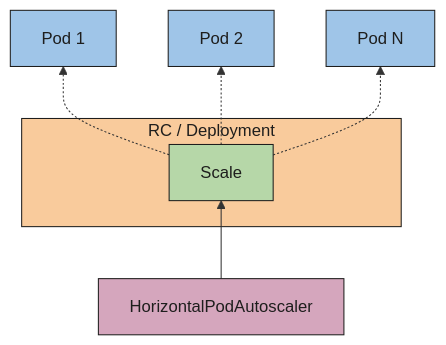
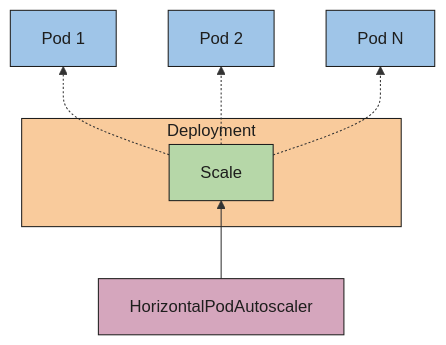
Before and after one commit to kubernetes/website: the diagram in content/en/docs/concepts/workloads/autoscaling/horizontal-pod-autoscale.md, drawn with Mermaid.

Commit message:
docs: remove legacy RC reference from HPA diagram

```diff
--- a/content/en/docs/concepts/workloads/autoscaling/horizontal-pod-autoscale.md
+++ b/content/en/docs/concepts/workloads/autoscaling/horizontal-pod-autoscale.md
@@ -50,22 +50,22 @@
 {{< mermaid >}}
 graph BT
 
 hpa[HorizontalPodAutoscaler] --> scale[Scale]
 
-subgraph rc[RC / Deployment]
+subgraph rc[Deployment]
     scale
 end
 
 scale -.-> pod1[Pod 1]
 scale -.-> pod2[Pod 2]
 scale -.-> pod3[Pod N]
 
 classDef hpa fill:#D5A6BD,stroke:#1E1E1D,stroke-width:1px,color:#1E1E1D;
 classDef rc fill:#F9CB9C,stroke:#1E1E1D,stroke-width:1px,color:#1E1E1D;
 classDef scale fill:#B6D7A8,stroke:#1E1E1D,stroke-width:1px,color:#1E1E1D;
 classDef pod fill:#9FC5E8,stroke:#1E1E1D,stroke-width:1px,color:#1E1E1D;
 class hpa hpa;
 class rc rc;
 class scale scale;
 class pod1,pod2,pod3 pod
 {{< /mermaid >}}
```
